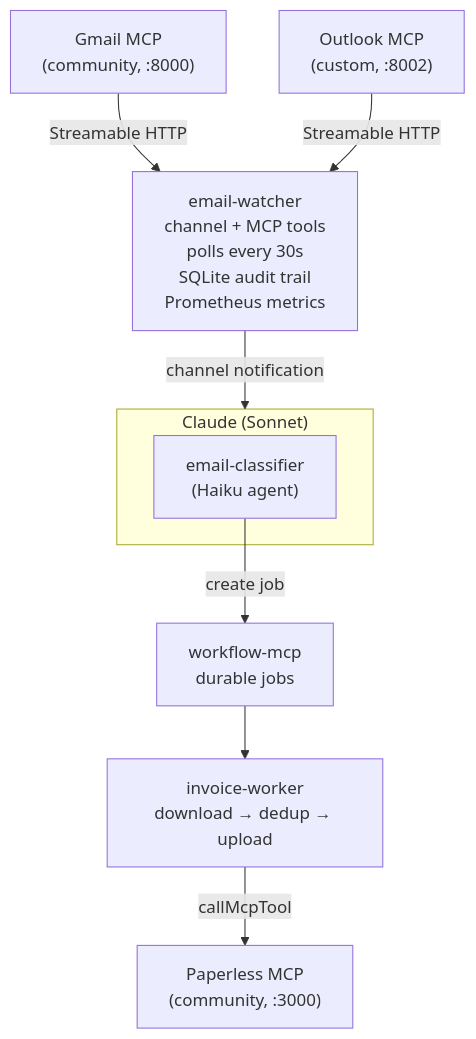
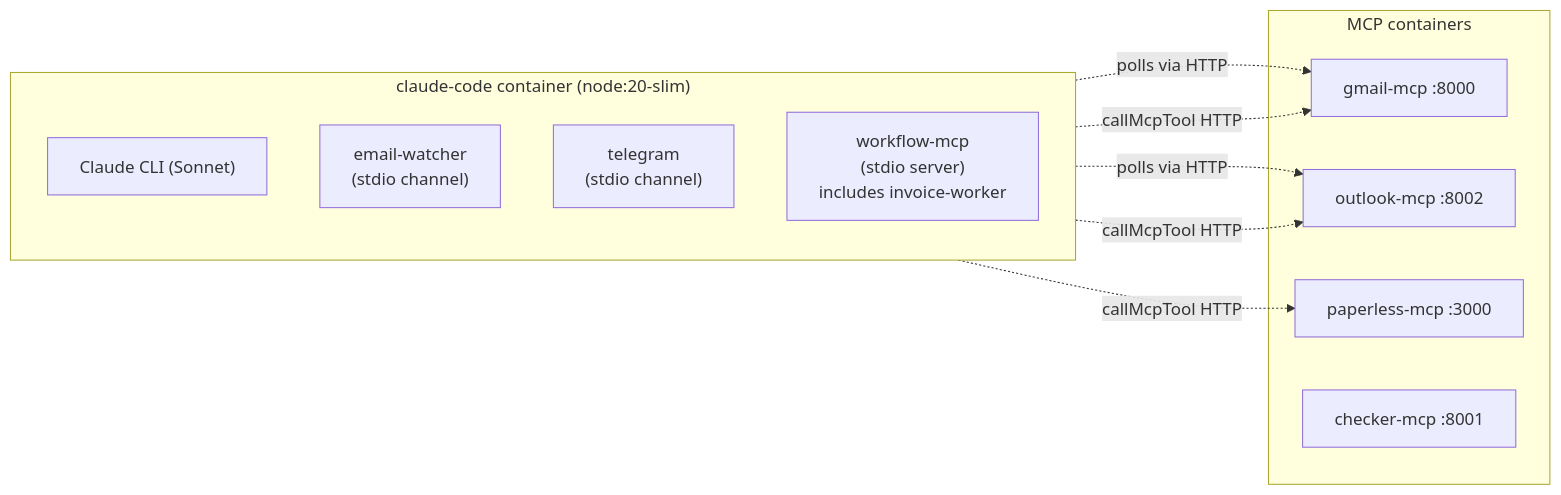
Before and after one commit to mcsdodo/personal-assistant: the first of 2 diagrams in docs/uc1-invoice-processing.md, drawn with Mermaid. The commit also changed other lines of this file and 3 other files, not shown here.

Commit message:
docs(personal-assistant): add #L line anchors to code refs, split UC-1 into boundary + sequence diagrams

````diff
--- a/docs/uc1-invoice-processing.md
+++ b/docs/uc1-invoice-processing.md
@@ -7,22 +9,23 @@
 ```mermaid
-flowchart TB
-    gmail["Gmail MCP<br/>(community, :8000)"]
-    outlook["Outlook MCP<br/>(custom, :8002)"]
-
-    ew["email-watcher<br/>channel + MCP tools<br/>polls every 30s<br/>SQLite audit trail<br/>Prometheus metrics"]
-
-    gmail -->|Streamable HTTP| ew
-    outlook -->|Streamable HTTP| ew
-
-    ew -->|channel notification| claude
-
-    subgraph claude["Claude (Sonnet)"]
-        classifier["email-classifier<br/>(Haiku agent)"]
+flowchart LR
+    subgraph cc["claude-code container (node:20-slim)"]
+        direction TB
+        claude["Claude CLI (Sonnet)"]
+        ew["email-watcher<br/>(stdio channel)"]
+        tg["telegram<br/>(stdio channel)"]
+        wf["workflow-mcp<br/>(stdio server)<br/>includes invoice-worker"]
     end
 
-    classifier -->|create job| workflow["workflow-mcp<br/>durable jobs"]
+    subgraph mcp["MCP containers"]
+        gmail["gmail-mcp :8000"]
+        outlook["outlook-mcp :8002"]
+        paperless["paperless-mcp :3000"]
+        checker["checker-mcp :8001"]
+    end
 
-    workflow --> worker["invoice-worker<br/>download → dedup → upload"]
-
-    worker -->|callMcpTool| paperless["Paperless MCP<br/>(community, :3000)"]
+    ew -.->|polls via HTTP| gmail
+    ew -.->|polls via HTTP| outlook
+    wf -.->|callMcpTool HTTP| gmail
+    wf -.->|callMcpTool HTTP| outlook
+    wf -.->|callMcpTool HTTP| paperless
 ```
````
